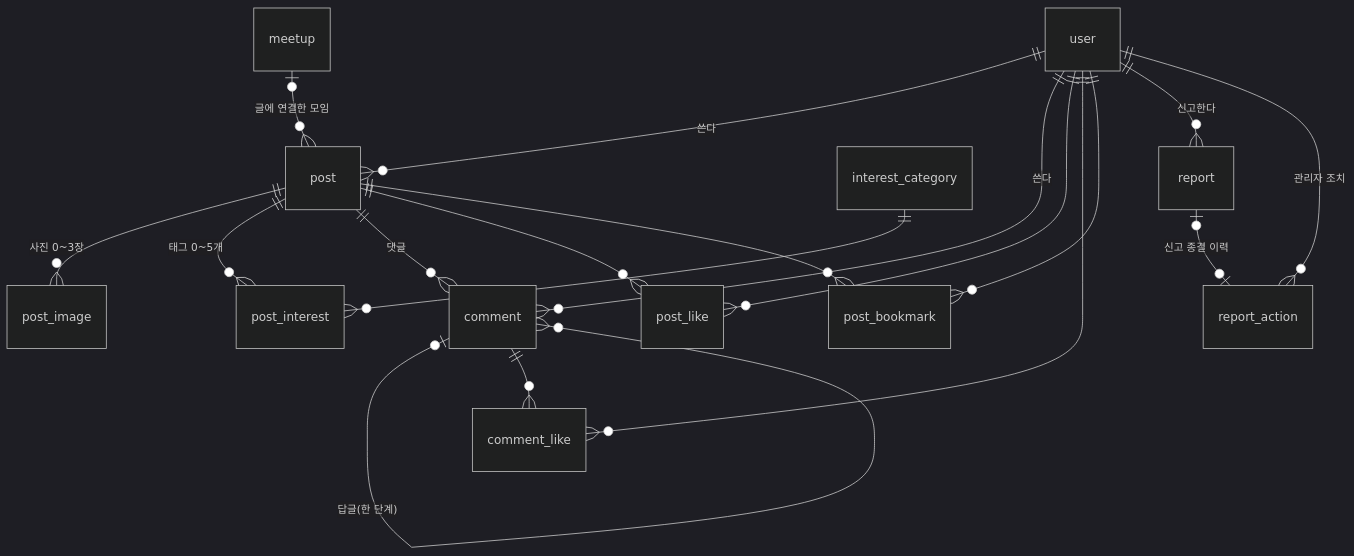
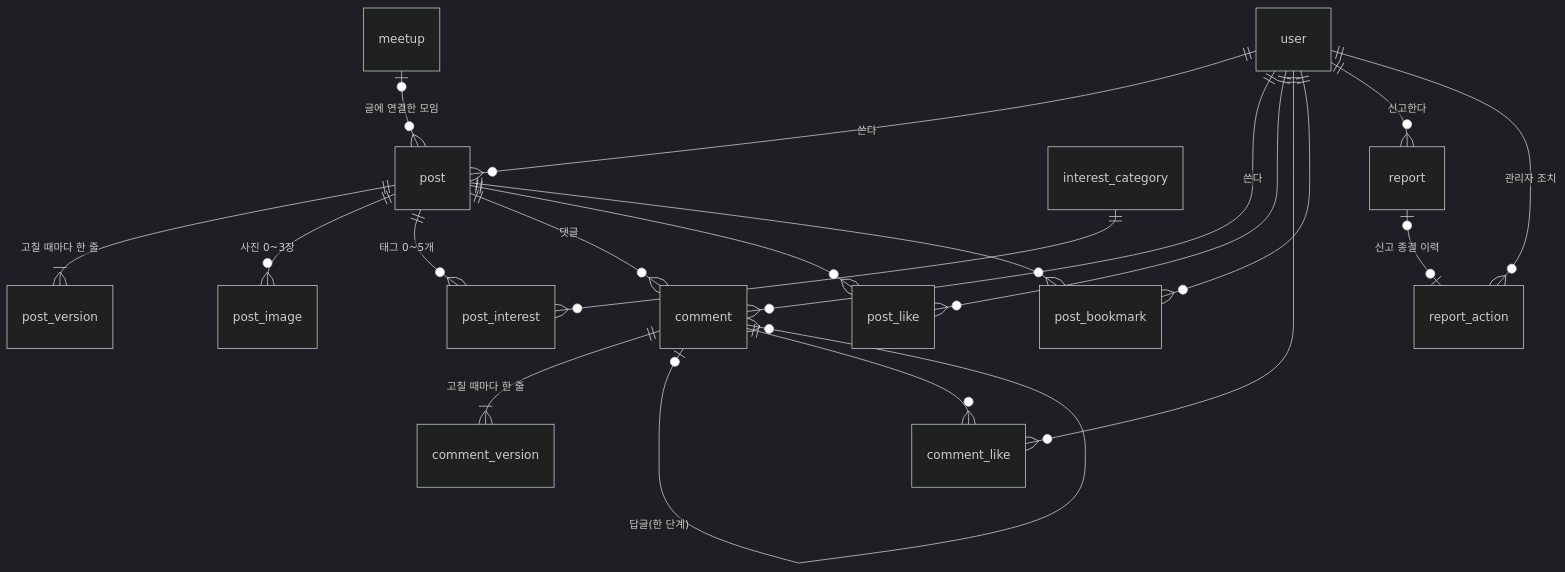
Before and after one commit to it-ting-team/it-ting: the diagram in docs/db/community.md, drawn with Mermaid (dark theme). The commit also changed other lines of this file and 6 other files, not shown here.

````diff
--- a/docs/db/community.md
+++ b/docs/db/community.md
@@ -5,20 +5,22 @@
 ```mermaid
 erDiagram
     user ||--o{ post : "쓴다"
     meetup |o--o{ post : "글에 연결한 모임"
+    post ||--|{ post_version : "고칠 때마다 한 줄"
     post ||--o{ post_image : "사진 0~3장"
     post ||--o{ post_interest : "태그 0~5개"
     interest_category ||--o{ post_interest : ""
     post ||--o{ comment : "댓글"
+    comment ||--|{ comment_version : "고칠 때마다 한 줄"
     comment |o--o{ comment : "답글(한 단계)"
     user ||--o{ comment : "쓴다"
     post ||--o{ post_like : ""
     user ||--o{ post_like : ""
     comment ||--o{ comment_like : ""
     user ||--o{ comment_like : ""
     post ||--o{ post_bookmark : ""
     user ||--o{ post_bookmark : ""
     user ||--o{ report : "신고한다"
     report |o--o| report_action : "신고 종결 이력"
     user ||--o{ report_action : "관리자 조치"
 ```
````
